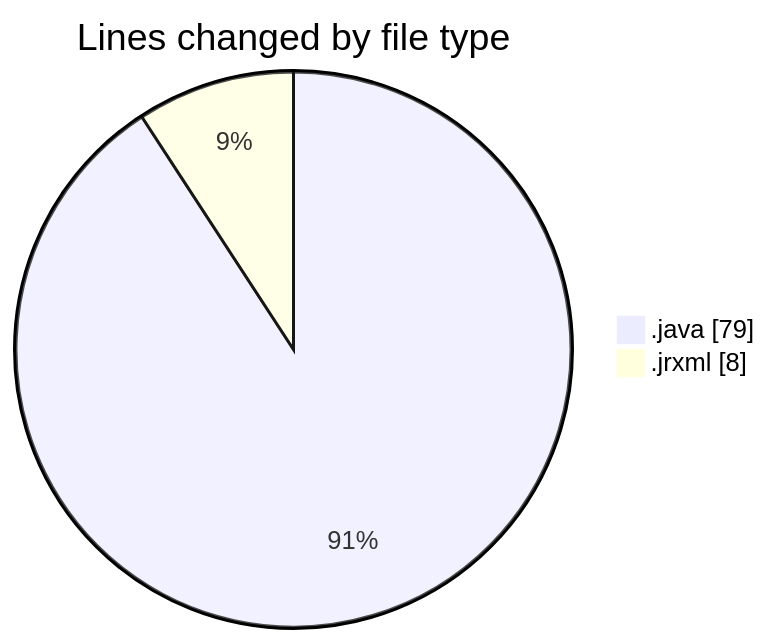
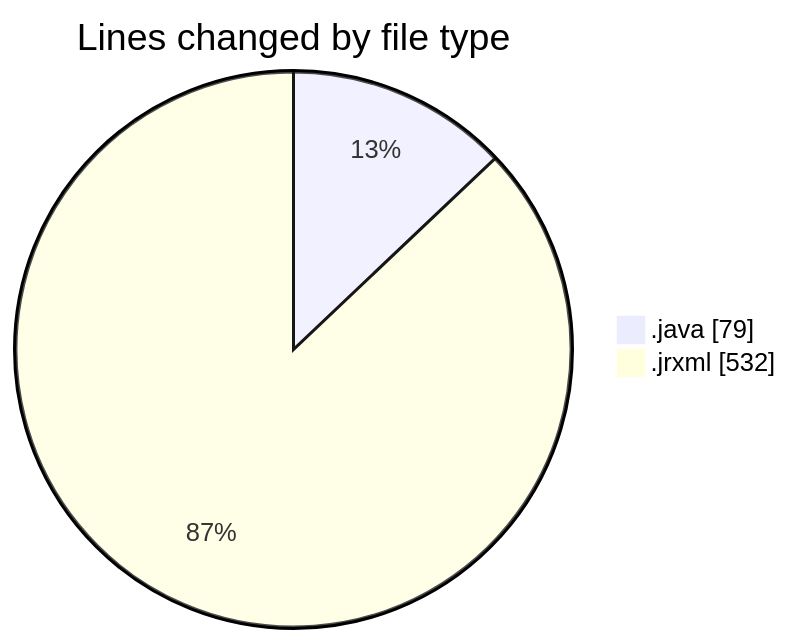
The first of 2 diagrams in 2026-10-07/cilreports__workspace_/README.md (ricardozamudiocil/code-tracking), drawn with Mermaid before and after one commit. The commit also changed other lines of this file and 1 other file, not shown here.

````diff
--- a/2026-10-07/cilreports__workspace_/README.md
+++ b/2026-10-07/cilreports__workspace_/README.md
@@ -22,6 +23,6 @@
 ```mermaid
 pie showData
 title Lines changed by file type
 ".java" : 79
-".jrxml" : 8
+".jrxml" : 532
 ```
````
